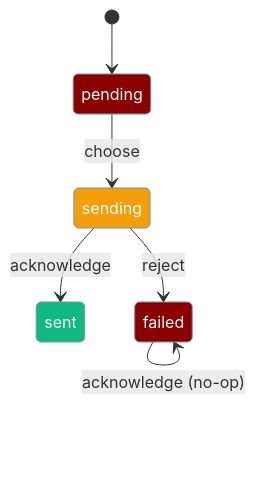
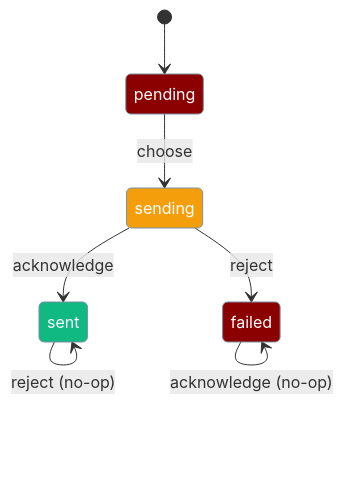
One commit to MervinPraison/PraisonAIDocs changed the fourth of 10 diagrams in docs/features/mobile/approvals-and-cancellation.mdx. Above: the diagram before and after it, drawn with Mermaid. The commit also changed other lines of this file and 3 other files, not shown here.

````diff
--- a/docs/features/mobile/approvals-and-cancellation.mdx
+++ b/docs/features/mobile/approvals-and-cancellation.mdx
@@ -124,17 +124,18 @@
 ```mermaid
 stateDiagram-v2
     [*] --> pending
     pending --> sending: choose
     sending --> sent: acknowledge
     sending --> failed: reject
     failed --> failed: acknowledge (no-op)
+    sent --> sent: reject (no-op)
 
     classDef start fill:#8B0000,stroke:#7C90A0,color:#fff
     classDef mid fill:#F59E0B,stroke:#7C90A0,color:#fff
     classDef done fill:#10B981,stroke:#7C90A0,color:#fff
 
     class pending start
     class sending mid
     class sent done
     class failed start
 ```
````
